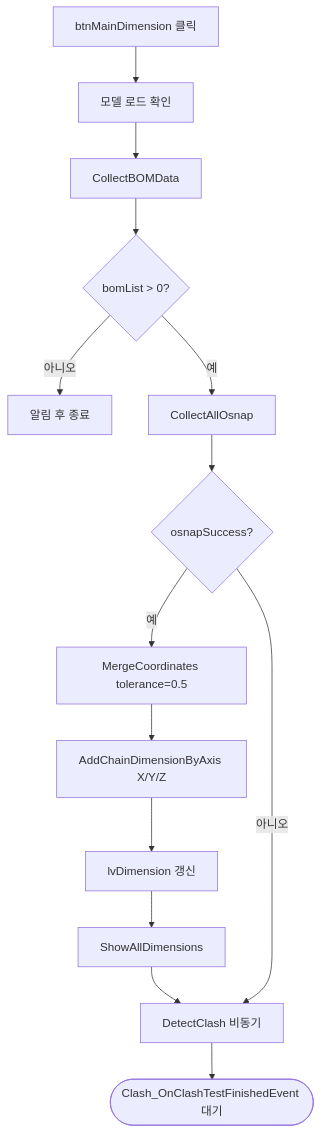
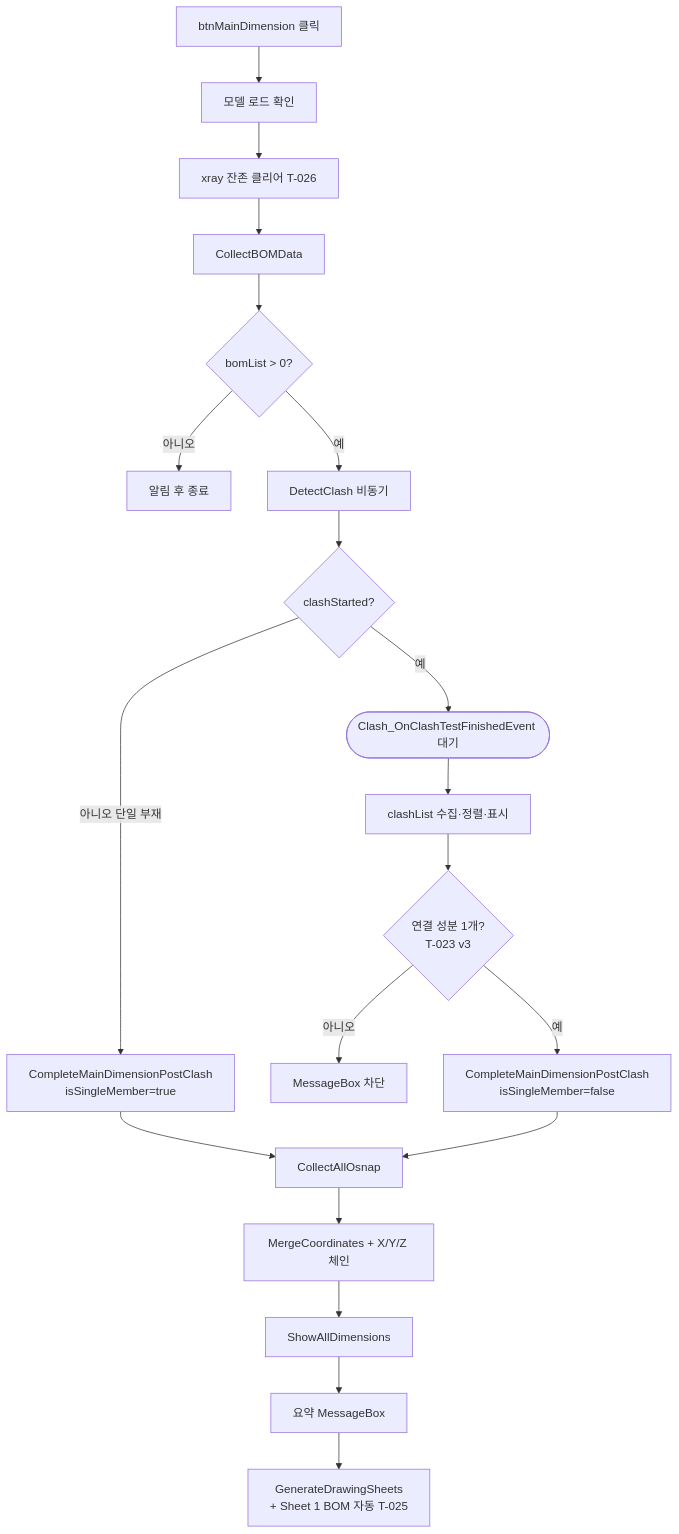
The diagram in docs/features/bom/main-dimension.md (uuuuj/a2z), drawn with Mermaid before and after one commit. The commit also changed other lines of this file and 6 other files, not shown here.

````diff
--- a/docs/features/bom/main-dimension.md
+++ b/docs/features/bom/main-dimension.md
@@ -30,16 +31,22 @@
 ```mermaid
 flowchart TD
     A[btnMainDimension 클릭] --> B[모델 로드 확인]
-    B --> C[CollectBOMData]
+    B --> B2[xray 잔존 클리어 T-026]
+    B2 --> C[CollectBOMData]
     C --> D{bomList > 0?}
     D -- 아니오 --> E01[알림 후 종료]
-    D -- 예 --> E[CollectAllOsnap]
-    E --> F{osnapSuccess?}
-    F -- 예 --> G[MergeCoordinates tolerance=0.5]
-    G --> H[AddChainDimensionByAxis X/Y/Z]
-    H --> I[lvDimension 갱신]
-    I --> J[ShowAllDimensions]
-    J --> K[DetectClash 비동기]
-    F -- 아니오 --> K
-    K --> L([Clash_OnClashTestFinishedEvent 대기])
+    D -- 예 --> K[DetectClash 비동기]
+    K --> K2{clashStarted?}
+    K2 -- 아니오 단일 부재 --> POST1[CompleteMainDimensionPostClash<br/>isSingleMember=true]
+    K2 -- 예 --> WAIT([Clash_OnClashTestFinishedEvent 대기])
+    WAIT --> CLASH[clashList 수집·정렬·표시]
+    CLASH --> CONN{연결 성분 1개?<br/>T-023 v3}
+    CONN -- 아니오 --> E03[MessageBox 차단]
+    CONN -- 예 --> POST2[CompleteMainDimensionPostClash<br/>isSingleMember=false]
+    POST1 --> OS[CollectAllOsnap]
+    POST2 --> OS
+    OS --> G[MergeCoordinates + X/Y/Z 체인]
+    G --> SHOW[ShowAllDimensions]
+    SHOW --> SUM[요약 MessageBox]
+    SUM --> GEN[GenerateDrawingSheets<br/>+ Sheet 1 BOM 자동 T-025]
 ```
````
